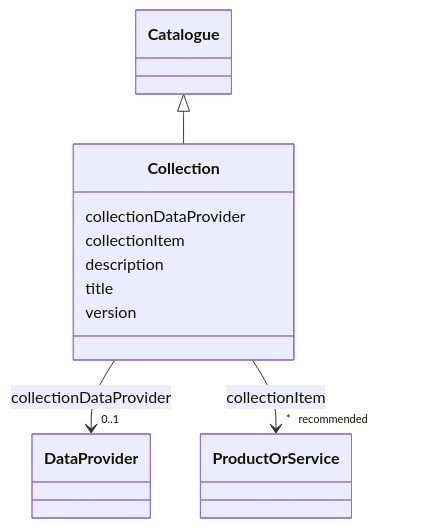
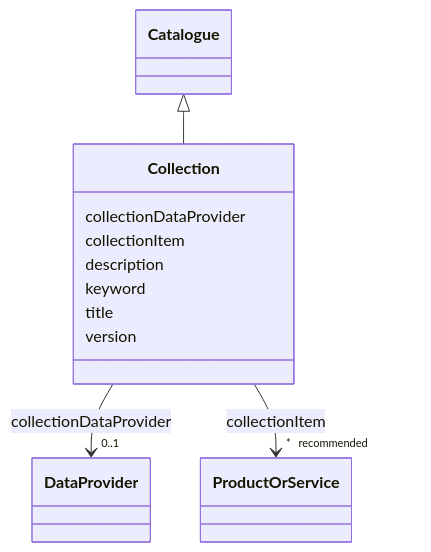
The diagram in models/docs/Collection.md (EVORA-project/evora-ontology), drawn with Mermaid before and after one commit. The commit also changed other lines of this file and 402 other files, not shown here.

````diff
--- a/models/docs/Collection.md
+++ b/models/docs/Collection.md
@@ -19,33 +19,35 @@
 ```mermaid
  classDiagram
     class Collection
     click Collection href "../Collection"
       Catalogue <|-- Collection
         click Catalogue href "../Catalogue"
       
       Collection : collectionDataProvider
         
           
     
     
     Collection --> "0..1" DataProvider : collectionDataProvider
     click DataProvider href "../DataProvider"
 
         
       Collection : collectionItem
         
           
     
     
     Collection --> "* _recommended_" ProductOrService : collectionItem
     click ProductOrService href "../ProductOrService"
 
         
       Collection : description
         
+      Collection : keyword
+        
       Collection : title
         
       Collection : version
         
       
 ```
````
